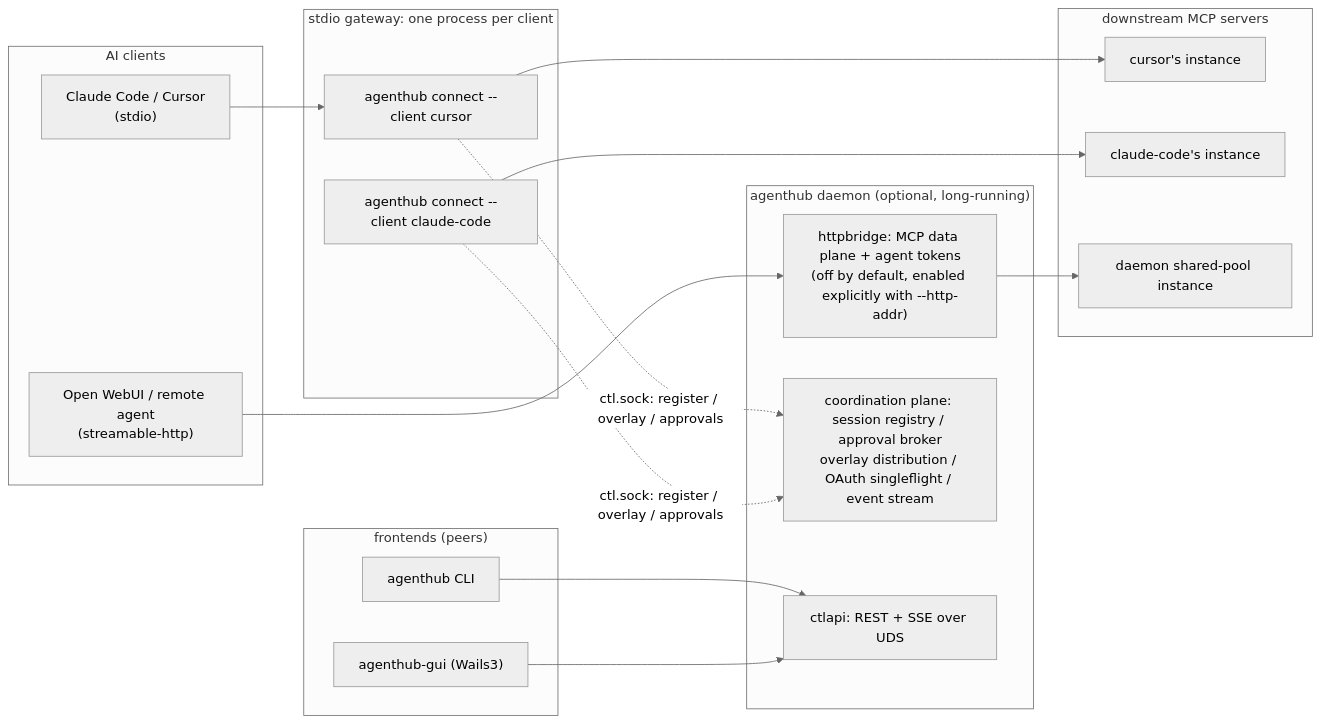
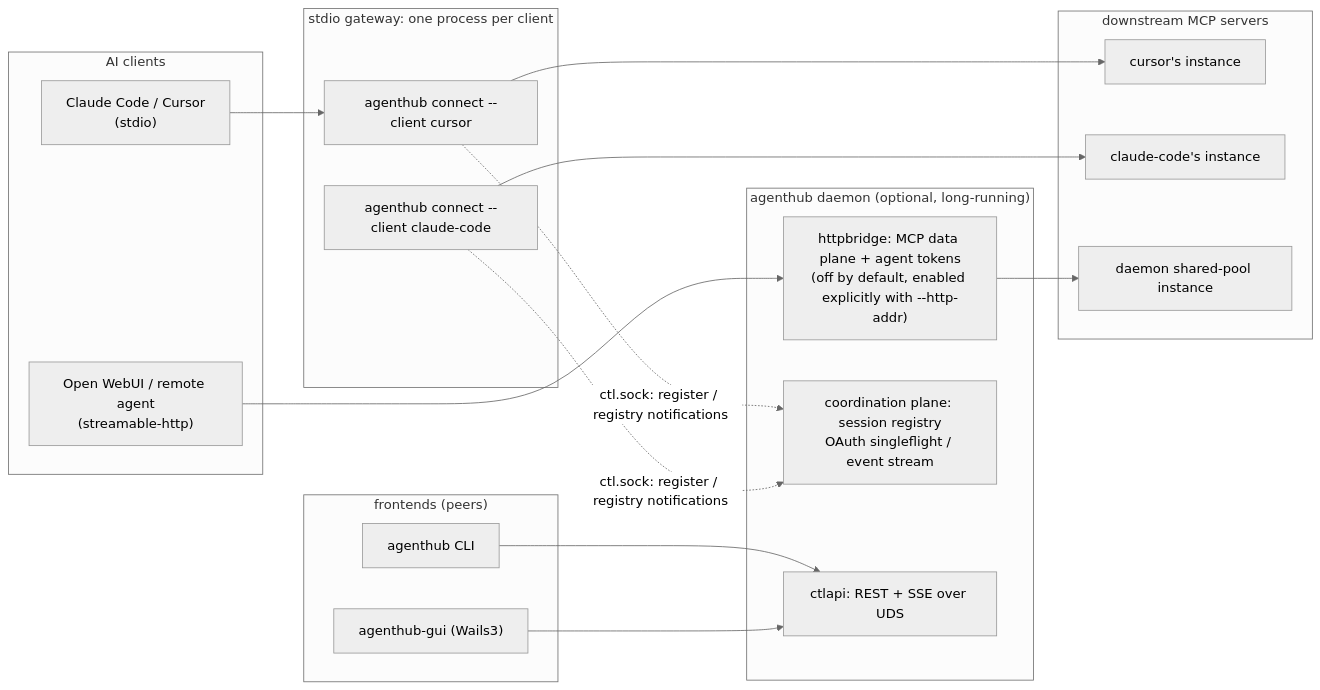
One commit to dinstein/agent-hub changed the first of 8 diagrams in docs/architecture.md. Above: the diagram before and after it, drawn with Mermaid (neutral theme). The commit also changed other lines of this file and 3 other files, not shown here.

First line of the commit message:
docs: restate the access model in AGENTS.md, the READMEs and architecture

````diff
--- a/docs/architecture.md
+++ b/docs/architecture.md
@@ -23,33 +23,33 @@
 ```mermaid
 flowchart LR
     subgraph clients["AI clients"]
         C1["Claude Code / Cursor<br/>(stdio)"]
         C2["Open WebUI / remote agent<br/>(streamable-http)"]
     end
     subgraph gws["stdio gateway: one process per client"]
         G1["agenthub connect --client cursor"]
         G2["agenthub connect --client claude-code"]
     end
     subgraph daemon["agenthub daemon (optional, long-running)"]
         H["httpbridge: MCP data plane + agent tokens<br/>(off by default, enabled explicitly with --http-addr)"]
-        CO["coordination plane: session registry / approval broker<br/>overlay distribution / OAuth singleflight / event stream"]
+        CO["coordination plane: session registry<br/>OAuth singleflight / event stream"]
         CP["ctlapi: REST + SSE over UDS"]
     end
     subgraph front["frontends (peers)"]
         CLI["agenthub CLI"]
         GUI["agenthub-gui (Wails3)"]
     end
     subgraph down["downstream MCP servers"]
         D1["cursor's instance"]
         D2["claude-code's instance"]
         D3["daemon shared-pool instance"]
     end
     C1 --> G1
     C2 --> H
     G1 --> D1
     G2 --> D2
     H --> D3
-    G1 & G2 -.->|"ctl.sock: register / overlay / approvals"| CO
+    G1 & G2 -.->|"ctl.sock: register / registry notifications"| CO
     CLI --> CP
     GUI --> CP
 ```
````
